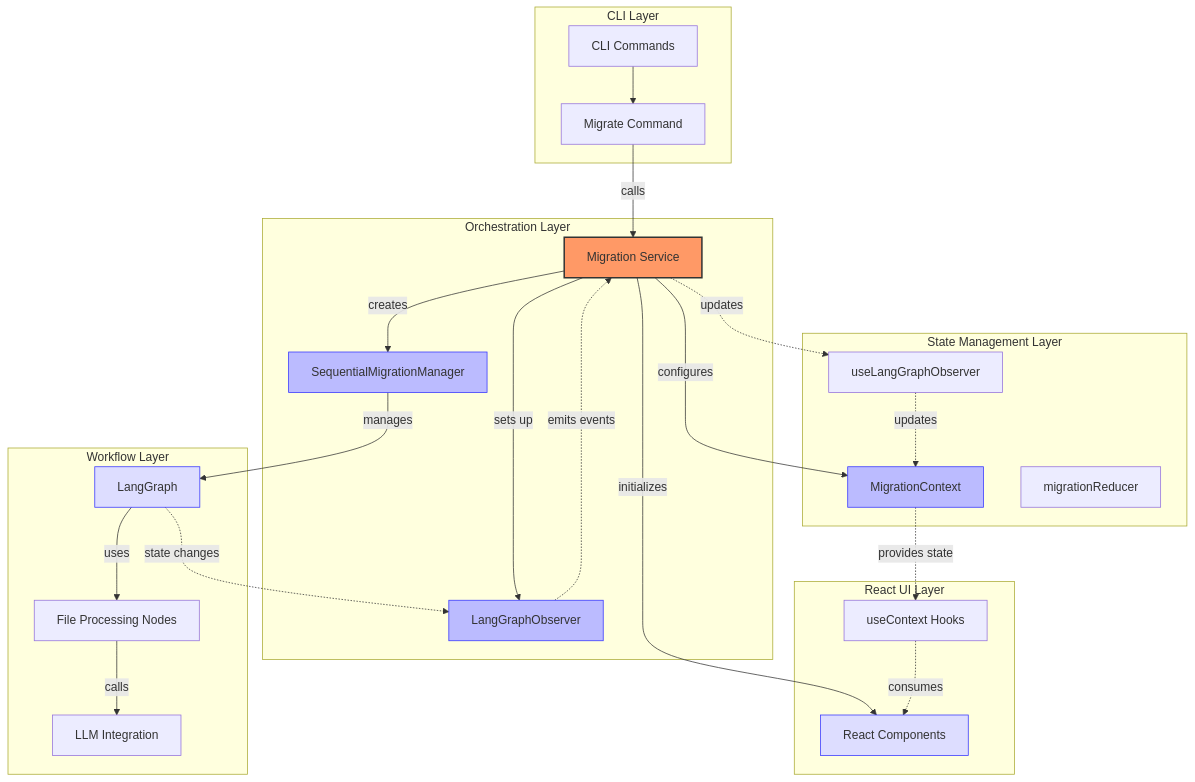
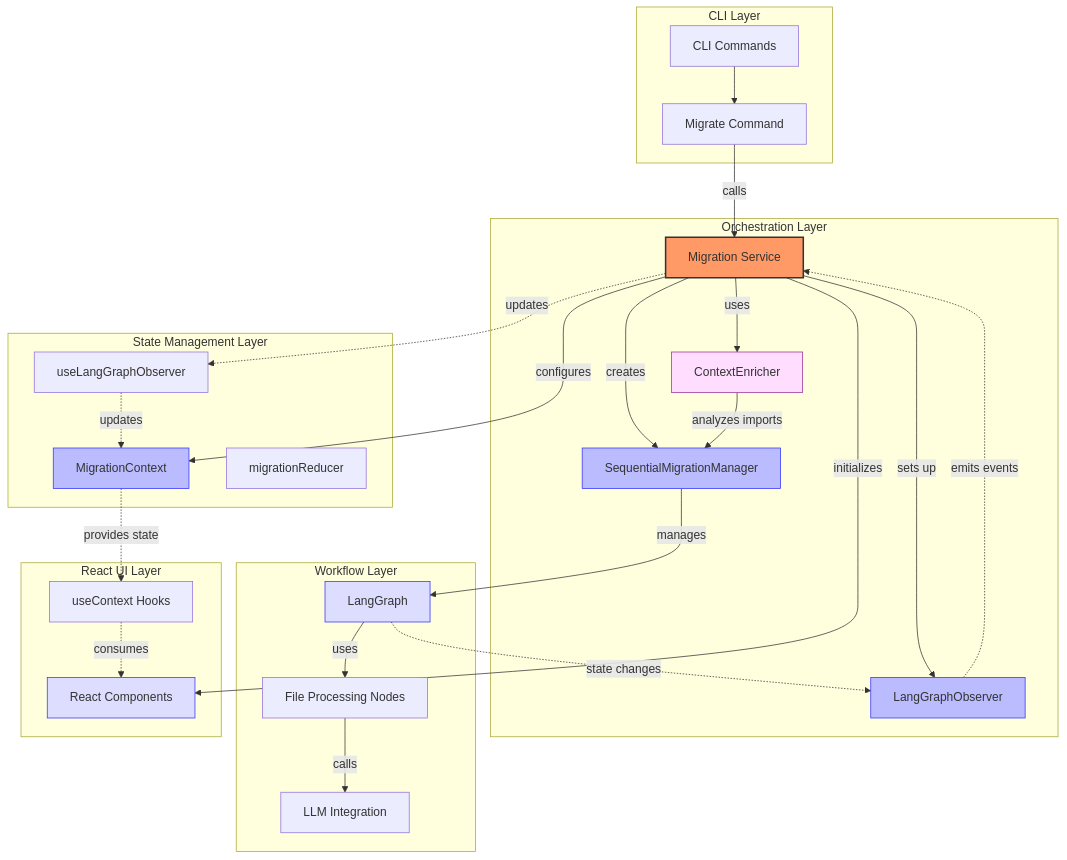
Before and after one commit to Rolilink/unshallow: the first of 2 diagrams in high-level-architecture.md, drawn with Mermaid. The commit also changed other lines of this file and 4 other files, not shown here.

````diff
--- a/high-level-architecture.md
+++ b/high-level-architecture.md
@@ -9,64 +9,71 @@
 ```mermaid
 graph TD
     %% Define all nodes with clear labels
     subgraph "CLI Layer"
         CLI[CLI Commands]
         MC[Migrate Command]
     end
     
     subgraph "Orchestration Layer"
         MS[Migration Service]
         SMM[SequentialMigrationManager]
         LGO[LangGraphObserver]
+        CE[ContextEnricher]
     end
     
     subgraph "Workflow Layer"
         LG[LangGraph]
         FPN[File Processing Nodes]
         LLM[LLM Integration]
     end
     
     subgraph "State Management Layer"
         MContext[MigrationContext]
         MReducer[migrationReducer]
         ULGO[useLangGraphObserver]
     end
     
     subgraph "React UI Layer"
         RC[React Components]
         UCH[useContext Hooks]
     end
     
     %% CLI connections - simple command flow
     CLI --> MC
     MC -->|"calls"| MS
     
     %% Migration Service initializes everything
     MS -->|"initializes"| RC
     MS -->|"configures"| MContext
     MS -->|"creates"| SMM
     MS -->|"sets up"| LGO
+    MS -->|"uses"| CE
+    
+    %% Context enrichment flow
+    CE -->|"analyzes imports"| SMM
     
     %% Migration process flow
     SMM -->|"manages"| LG
     LG -->|"uses"| FPN
     FPN -->|"calls"| LLM
     
     %% State observation flow
     LG -.->|"state changes"| LGO
     LGO -.->|"emits events"| MS
     MS -.->|"updates"| ULGO
     ULGO -.->|"updates"| MContext
     MContext -.->|"provides state"| UCH
     UCH -.->|"consumes"| RC
     
     %% Style settings
     classDef central fill:#f96,stroke:#333,stroke-width:2px;
     classDef primary fill:#bbf,stroke:#33f,stroke-width:1px;
     classDef secondary fill:#ddf,stroke:#33f,stroke-width:1px;
+    classDef highlight fill:#fdf,stroke:#939,stroke-width:1px;
     
     %% Apply styles to highlight key components
     class MS central;
-    class SMM,LGO,MContext primary;
+    class CE,SMM,LGO,MContext primary;
     class LG,RC secondary;
+    class CE highlight;
 ```
````
